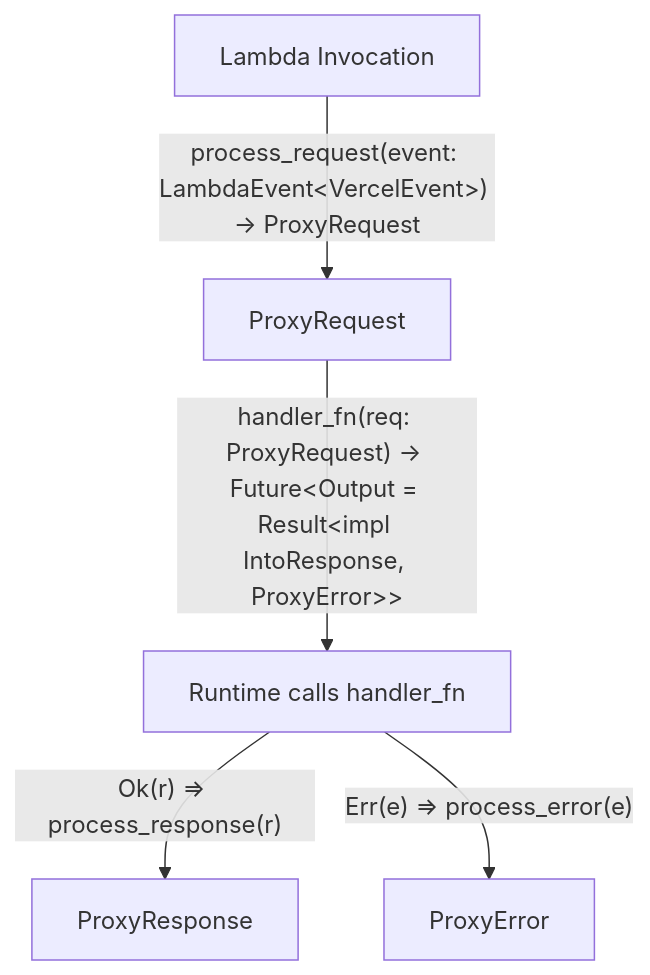
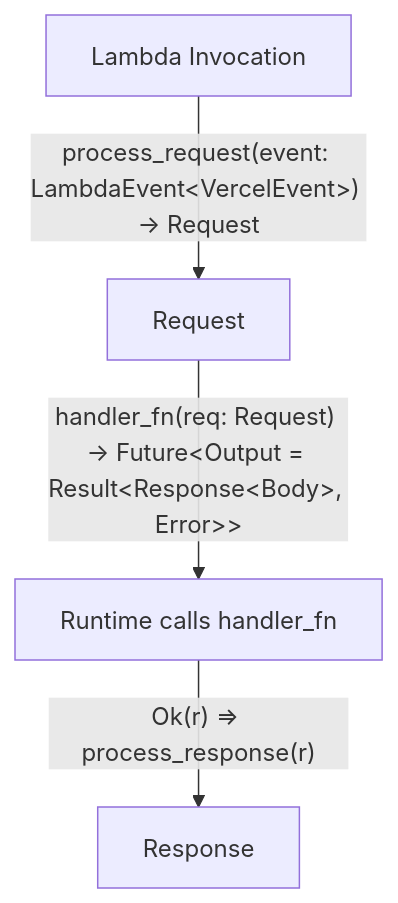
Before and after one commit to vercel-community/rust: the diagram in README.md, drawn with Mermaid. The commit also changed other lines of this file and 10 other files, not shown here.

````diff
--- a/README.md
+++ b/README.md
@@ -97,7 +102,6 @@
 ```mermaid
 graph TD
-    A["Lambda Invocation"] --> |"process_request(event: LambdaEvent&lt;VercelEvent&gt;) → ProxyRequest"| B[ProxyRequest]
-    B --> |"handler_fn(req: ProxyRequest) → Future&lt;Output = Result&lt;impl IntoResponse, ProxyError&gt;&gt;"| C["Runtime calls handler_fn"]
-    C --> |"Ok(r) => process_response(r)"| D["ProxyResponse"]
-    C --> |"Err(e) => process_error(e)"| E["ProxyError"]
+    A["Lambda Invocation"] --> |"process_request(event: LambdaEvent&lt;VercelEvent&gt;) → Request"| B[Request]
+    B --> |"handler_fn(req: Request) → Future&lt;Output = Result&lt;Response&lt;Body&gt;, Error&gt;&gt;"| C["Runtime calls handler_fn"]
+    C --> |"Ok(r) => process_response(r)"| D["Response"]
 ```
````
